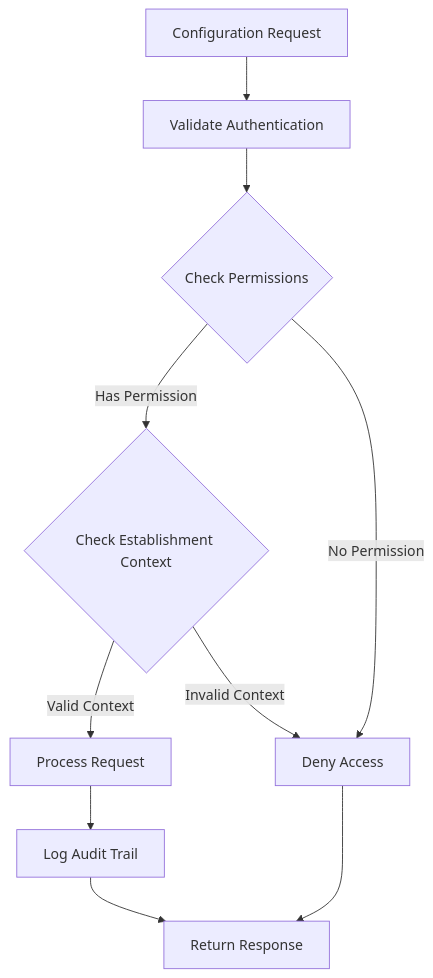
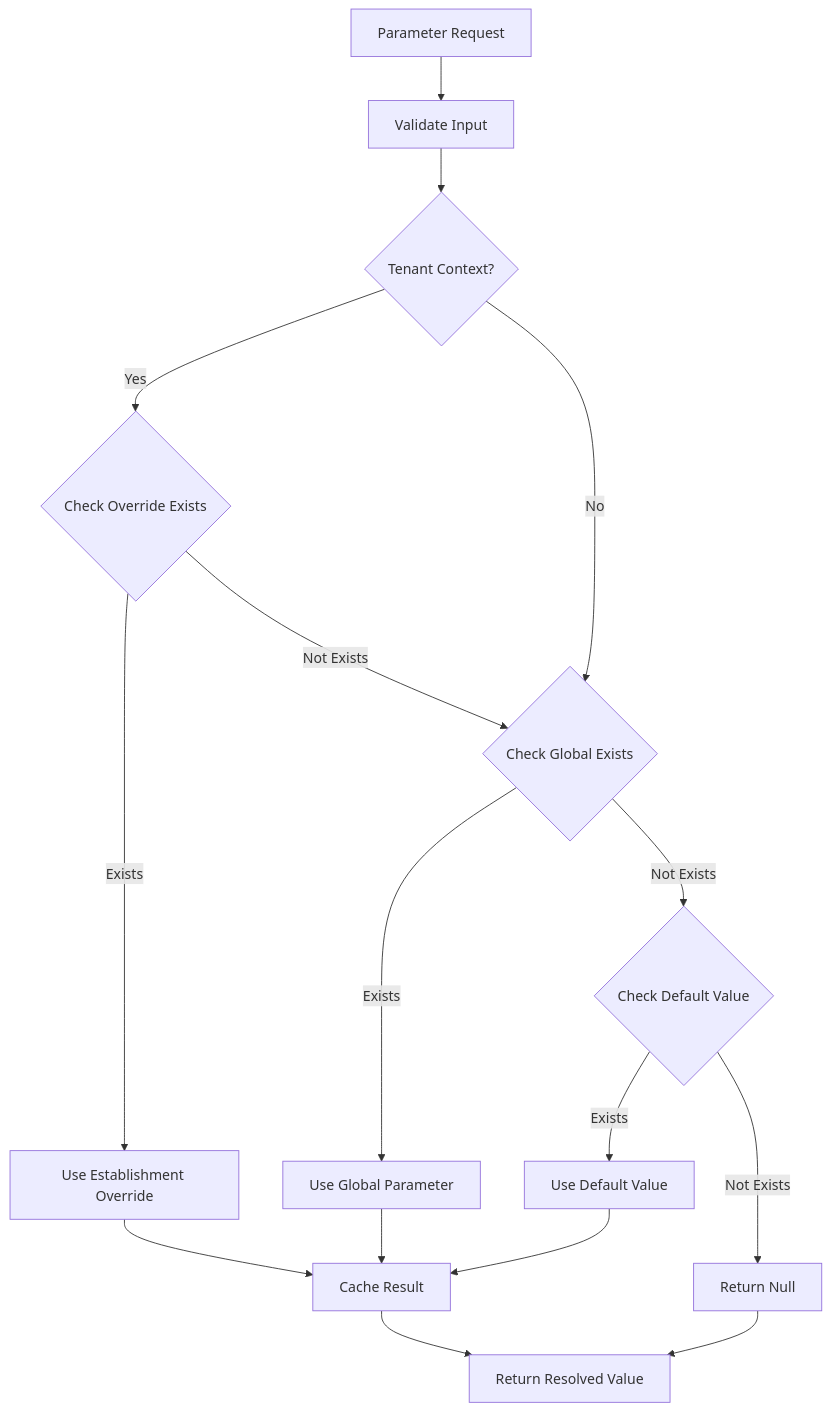
Before and after one commit to franckylab/eLISAschool: the fifth of 6 diagrams in .qoder/repowiki/en/content/Getting Started/Complete Configuration Coverage.md, drawn with Mermaid. The commit also changed other lines of this file and 281 other files, not shown here.

````diff
--- a/.qoder/repowiki/en/content/Getting Started/Complete Configuration Coverage.md
+++ b/.qoder/repowiki/en/content/Getting Started/Complete Configuration Coverage.md
@@ -273,12 +323,18 @@
 ```mermaid
 flowchart TD
-Request[Configuration Request] --> Validate[Validate Authentication]
-Validate --> CheckPermissions{Check Permissions}
-CheckPermissions --> |Has Permission| CheckContext{Check Establishment Context}
-CheckPermissions --> |No Permission| Deny[Deny Access]
-CheckContext --> |Valid Context| Process[Process Request]
-CheckContext --> |Invalid Context| Deny
-Process --> Audit[Log Audit Trail]
-Audit --> Return[Return Response]
-Deny --> Return
+Request[Parameter Request] --> Validate[Validate Input]
+Validate --> CheckTenant{Tenant Context?}
+CheckTenant --> |Yes| CheckOverride{Check Override Exists}
+CheckTenant --> |No| CheckGlobal{Check Global Exists}
+CheckOverride --> |Exists| UseOverride[Use Establishment Override]
+CheckOverride --> |Not Exists| CheckGlobal
+CheckGlobal --> |Exists| UseGlobal[Use Global Parameter]
+CheckGlobal --> |Not Exists| CheckDefault{Check Default Value}
+CheckDefault --> |Exists| UseDefault[Use Default Value]
+CheckDefault --> |Not Exists| ReturnNull[Return Null]
+UseOverride --> Cache[Cache Result]
+UseGlobal --> Cache
+UseDefault --> Cache
+Cache --> Return[Return Resolved Value]
+ReturnNull --> Return
 ```
````
